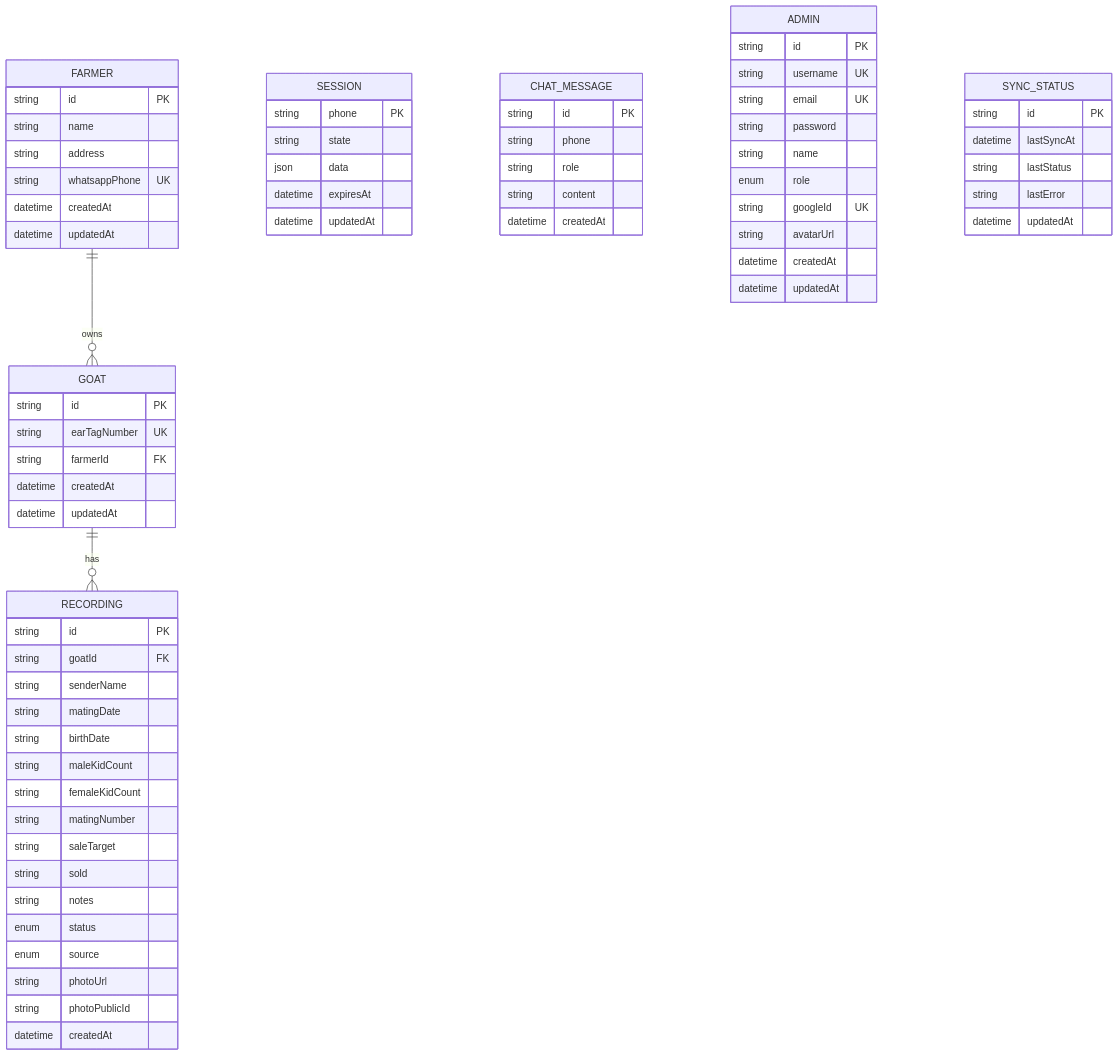
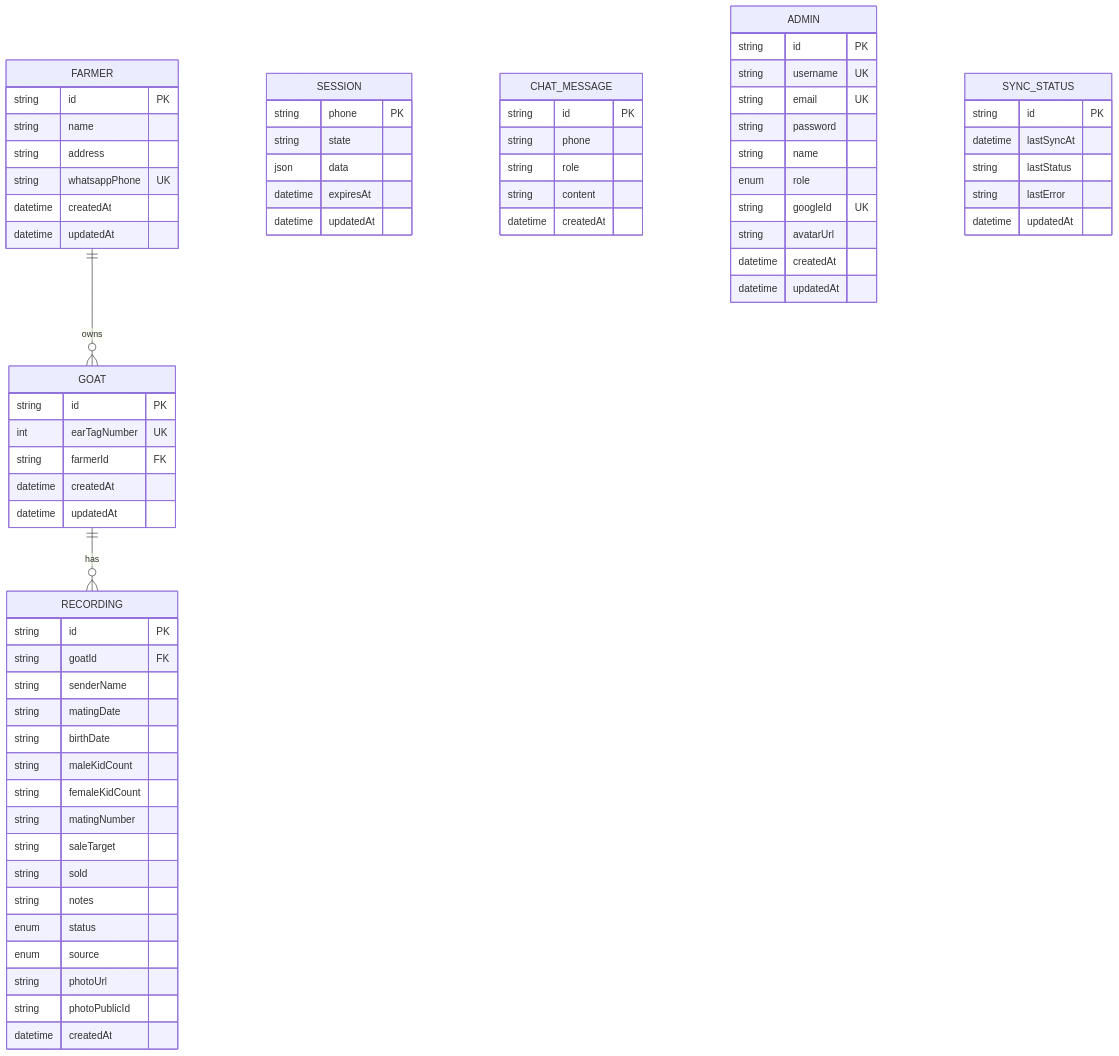
Before and after one commit to zaidanharith/recording-ternak: the diagram in docs/architecture/database-schema.md, drawn with Mermaid. The commit also changed 13 other files, not shown here.

First line of the commit message:
feat(backend,frontend): change goat ear tag number to integer

````diff
--- a/docs/architecture/database-schema.md
+++ b/docs/architecture/database-schema.md
@@ -19,78 +19,78 @@
 ```mermaid
 erDiagram
     FARMER ||--o{ GOAT : owns
     GOAT ||--o{ RECORDING : has
 
     FARMER {
         string id PK
         string name
         string address
         string whatsappPhone UK
         datetime createdAt
         datetime updatedAt
     }
 
     GOAT {
         string id PK
-        string earTagNumber UK
+        int earTagNumber UK
         string farmerId FK
         datetime createdAt
         datetime updatedAt
     }
 
     RECORDING {
         string id PK
         string goatId FK
         string senderName
         string matingDate
         string birthDate
         string maleKidCount
         string femaleKidCount
         string matingNumber
         string saleTarget
         string sold
         string notes
         enum status
         enum source
         string photoUrl
         string photoPublicId
         datetime createdAt
     }
 
     SESSION {
         string phone PK
         string state
         json data
         datetime expiresAt
         datetime updatedAt
     }
 
     CHAT_MESSAGE {
         string id PK
         string phone
         string role
         string content
         datetime createdAt
     }
 
     ADMIN {
         string id PK
         string username UK
         string email UK
         string password
         string name
         enum role
         string googleId UK
         string avatarUrl
         datetime createdAt
         datetime updatedAt
     }
 
     SYNC_STATUS {
         string id PK
         datetime lastSyncAt
         string lastStatus
         string lastError
         datetime updatedAt
     }
 ```
````
